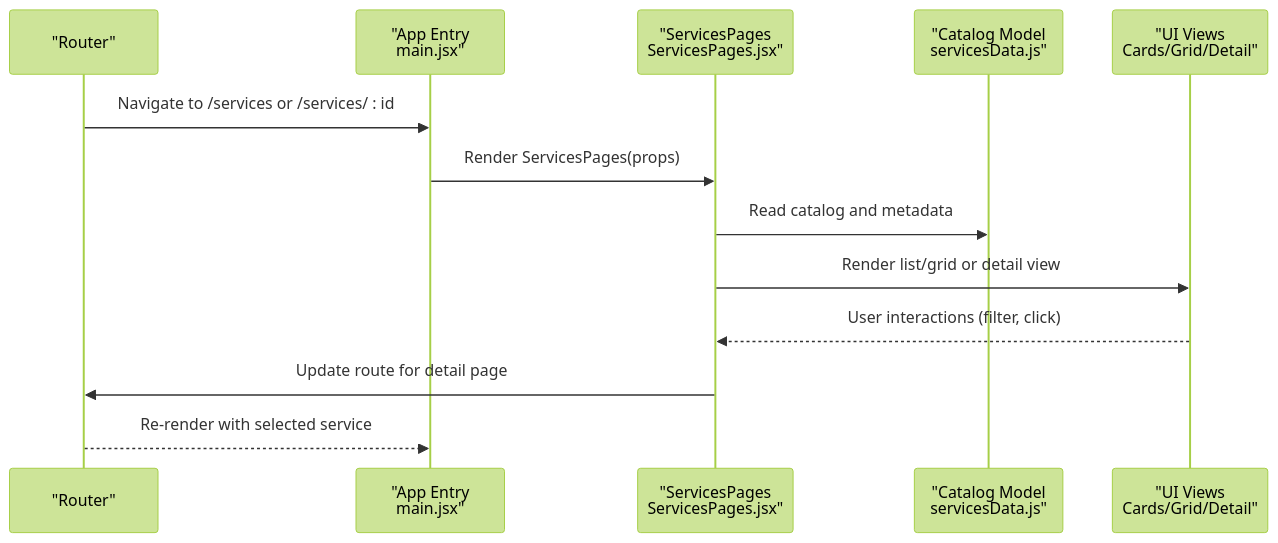
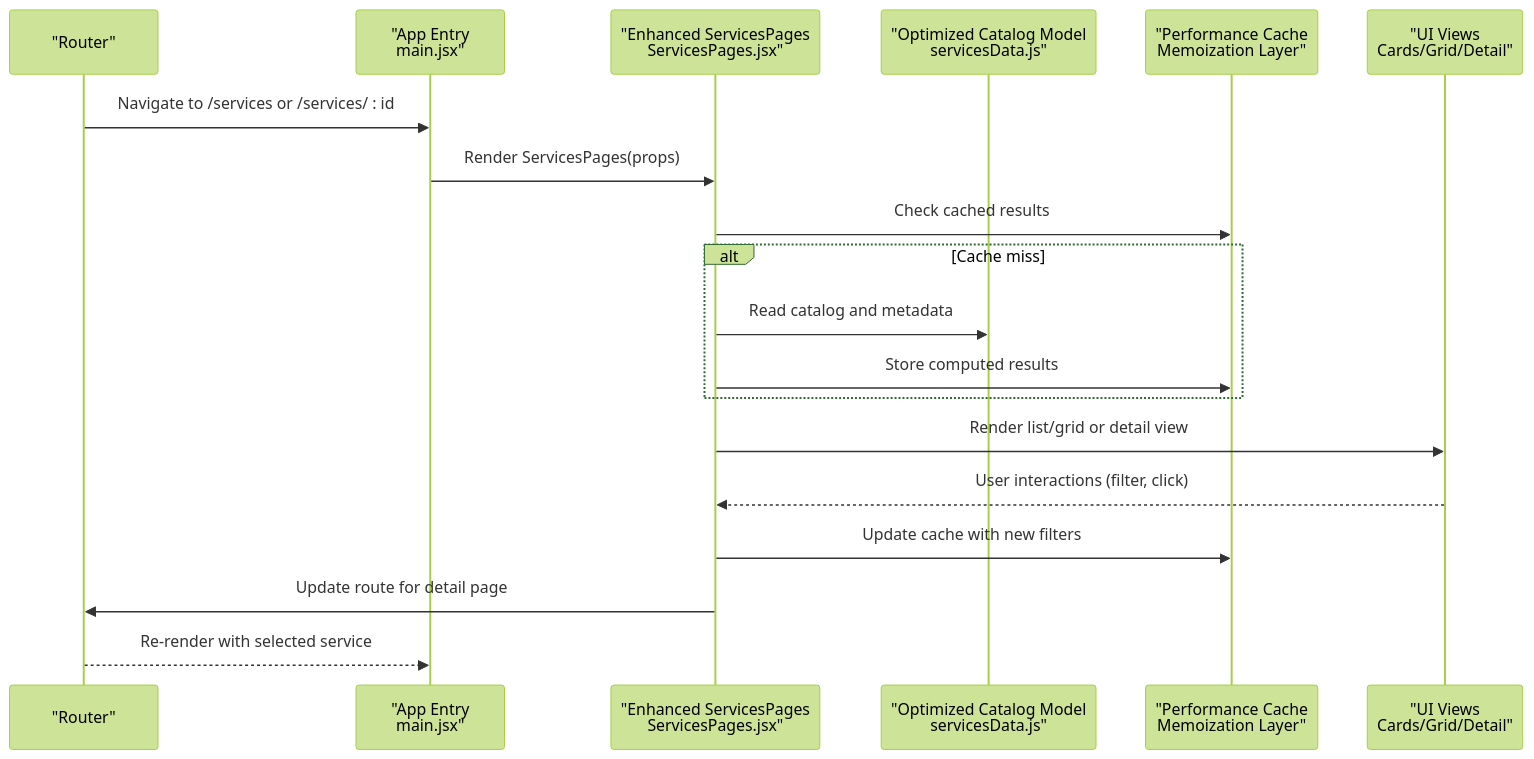
Before and after one commit to Theja4/podiummomentum: the second of 4 diagrams in .qoder/repowiki/en/content/Component Architecture/Service Management Components.md, drawn with Mermaid (forest theme). The commit also changed other lines of this file and 35 other files, not shown here.

````diff
--- a/.qoder/repowiki/en/content/Component Architecture/Service Management Components.md
+++ b/.qoder/repowiki/en/content/Component Architecture/Service Management Components.md
@@ -77,15 +91,21 @@
 ```mermaid
 sequenceDiagram
 participant Router as "Router"
 participant App as "App Entry<br/>main.jsx"
-participant Page as "ServicesPages<br/>ServicesPages.jsx"
-participant Data as "Catalog Model<br/>servicesData.js"
+participant Page as "Enhanced ServicesPages<br/>ServicesPages.jsx"
+participant Data as "Optimized Catalog Model<br/>servicesData.js"
+participant Cache as "Performance Cache<br/>Memoization Layer"
 participant View as "UI Views<br/>Cards/Grid/Detail"
 Router->>App : Navigate to /services or /services/ : id
 App->>Page : Render ServicesPages(props)
+Page->>Cache : Check cached results
+alt Cache miss
 Page->>Data : Read catalog and metadata
+Page->>Cache : Store computed results
+end
 Page->>View : Render list/grid or detail view
 View-->>Page : User interactions (filter, click)
+Page->>Cache : Update cache with new filters
 Page->>Router : Update route for detail page
 Router-->>App : Re-render with selected service
 ```
````
